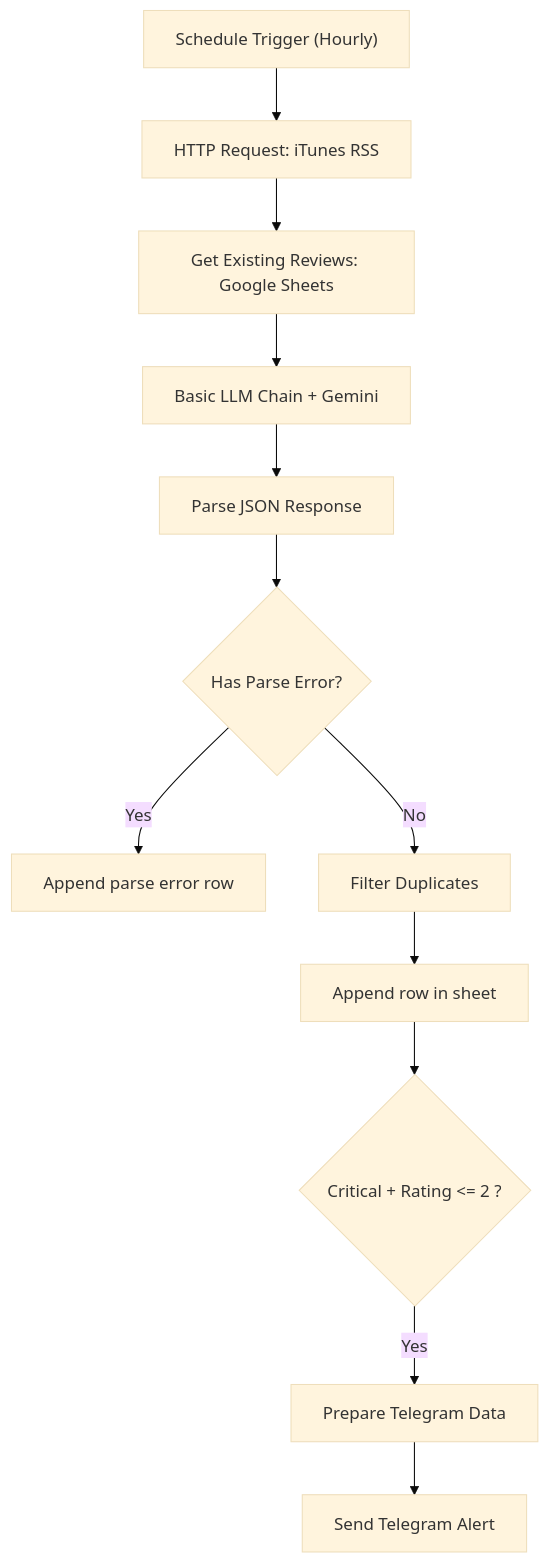
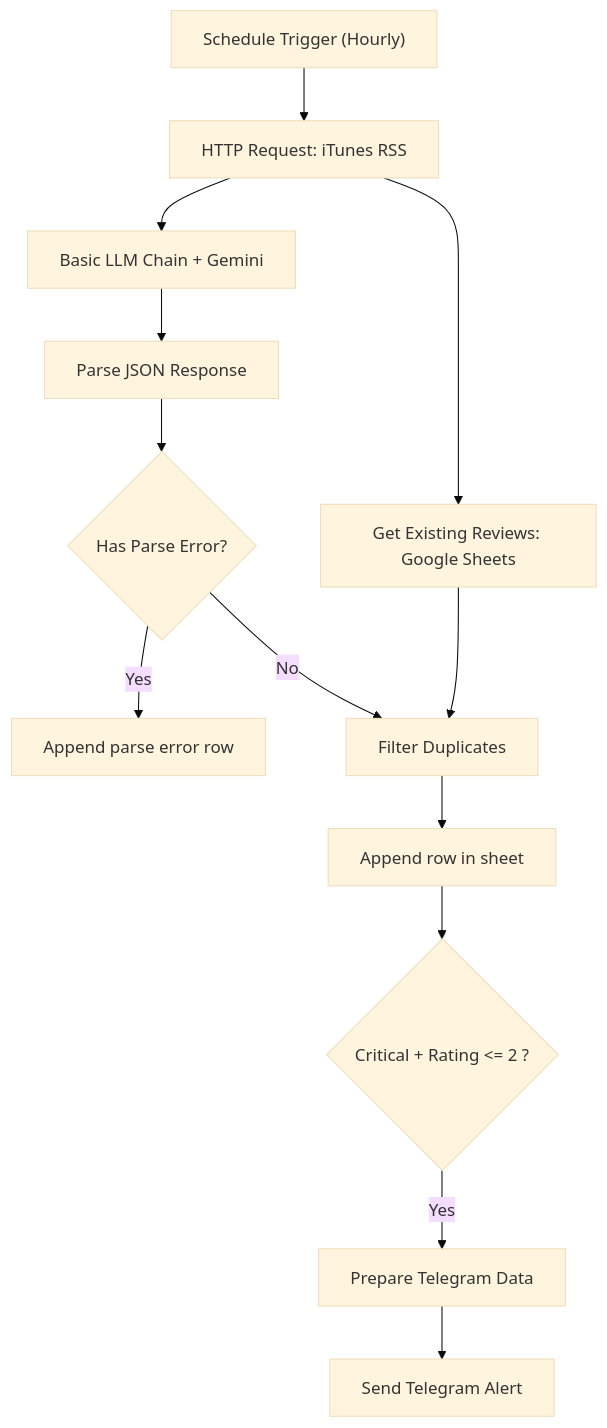
Before and after one commit to jeonsavvy/VoC-Radar: the diagram in README.md, drawn with Mermaid (base theme). The commit also changed other lines of this file and 1 other file, not shown here.

Commit message:
fix: improve n8n onboarding and sheet append flow

````diff
--- a/README.md
+++ b/README.md
@@ -9,14 +9,15 @@
 ```mermaid
 graph TD
     A["Schedule Trigger (Hourly)"] --> B["HTTP Request: iTunes RSS"]
     B --> C["Get Existing Reviews: Google Sheets"]
-    C --> D["Basic LLM Chain + Gemini"]
+    B --> D["Basic LLM Chain + Gemini"]
     D --> E["Parse JSON Response"]
     E --> F{"Has Parse Error?"}
     F -->|"Yes"| G["Append parse error row"]
     F -->|"No"| H["Filter Duplicates"]
+    C --> H
     H --> I["Append row in sheet"]
     I --> J{"Critical + Rating <= 2 ?"}
     J -->|"Yes"| K["Prepare Telegram Data"]
     K --> L["Send Telegram Alert"]
 ```
````
